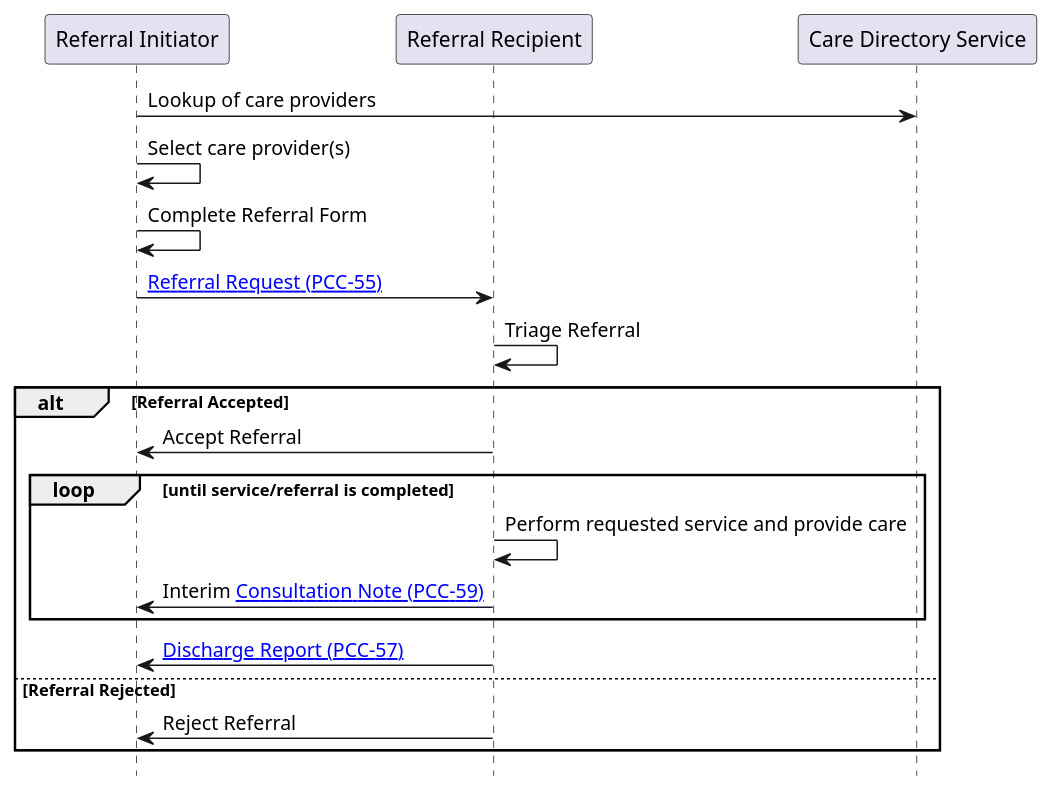
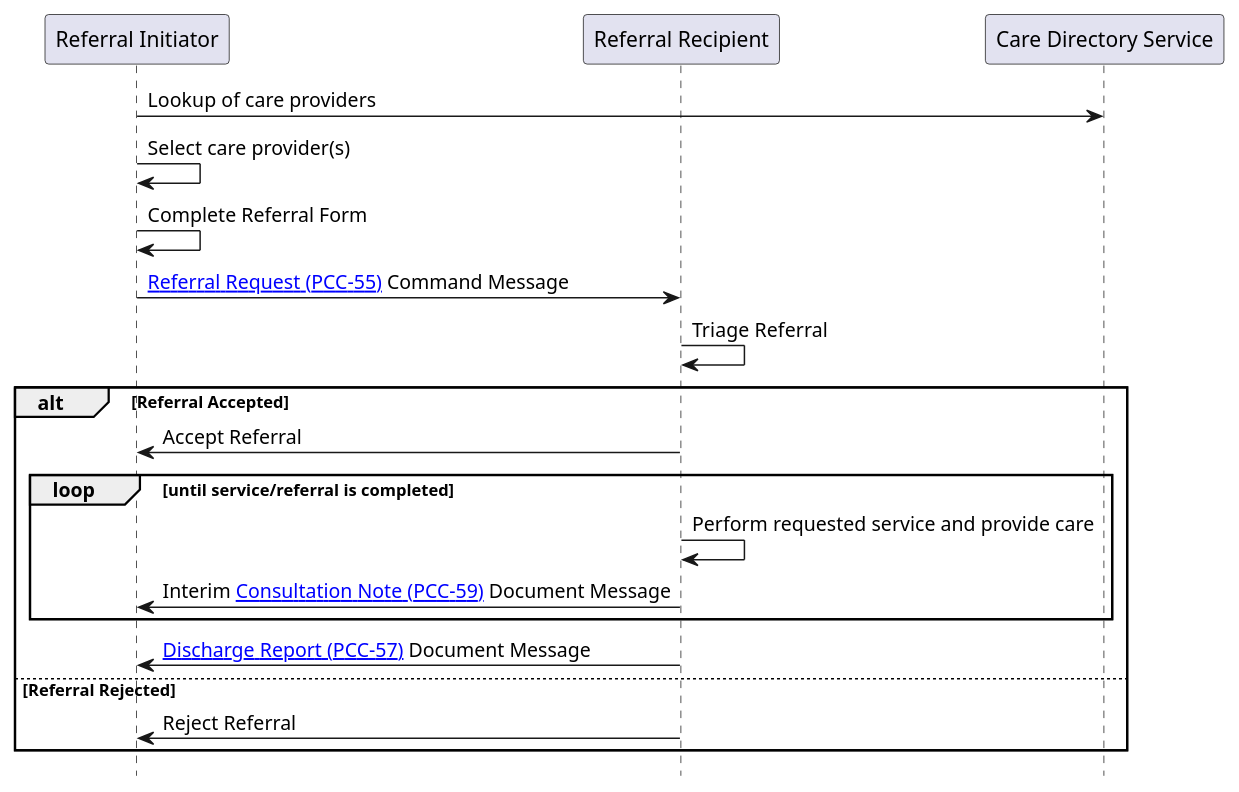
Before and after one commit to Virtually-Healthcare/virtually-healthcare.github.com: the diagram in input/images-source/eReferral-sequence.plantuml, drawn with PlantUML. The commit also changed 2 other files, not shown here.

```diff
--- a/input/images-source/eReferral-sequence.plantuml
+++ b/input/images-source/eReferral-sequence.plantuml
@@ -1,25 +1,25 @@
 @startuml
 
 hide footbox
 
 participant "Referral Initiator" as placer
 participant "Referral Recipient" as filler
 participant "Care Directory Service" as mMCSD
 
 placer -> mMCSD: Lookup of care providers
 placer -> placer: Select care provider(s)
 placer -> placer : Complete Referral Form
-placer -> filler : [[I12.html Referral Request (PCC-55)]]
+placer -> filler : [[I12.html Referral Request (PCC-55)]] Command Message
 filler -> filler: Triage Referral
 alt Referral Accepted
   filler -> placer: Accept Referral
   loop until service/referral is completed
     filler -> filler: Perform requested service and provide care
-    filler -> placer: Interim [[A04.html Consultation Note (PCC-59)]]
+    filler -> placer: Interim [[A04.html Consultation Note (PCC-59)]] Document Message
   end
-  filler -> placer : [[A03.html Discharge Report (PCC-57)]]
+  filler -> placer : [[A03.html Discharge Report (PCC-57)]] Document Message
 else Referral Rejected
   filler -> placer: Reject Referral
 end
 
 @enduml
```
